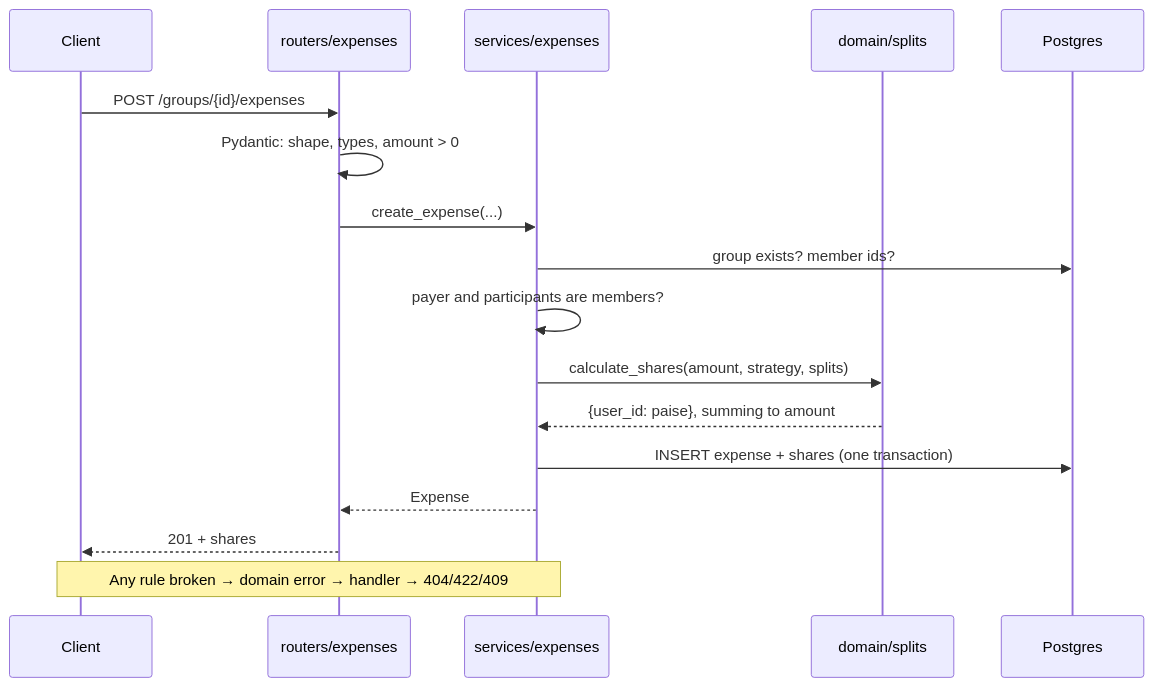
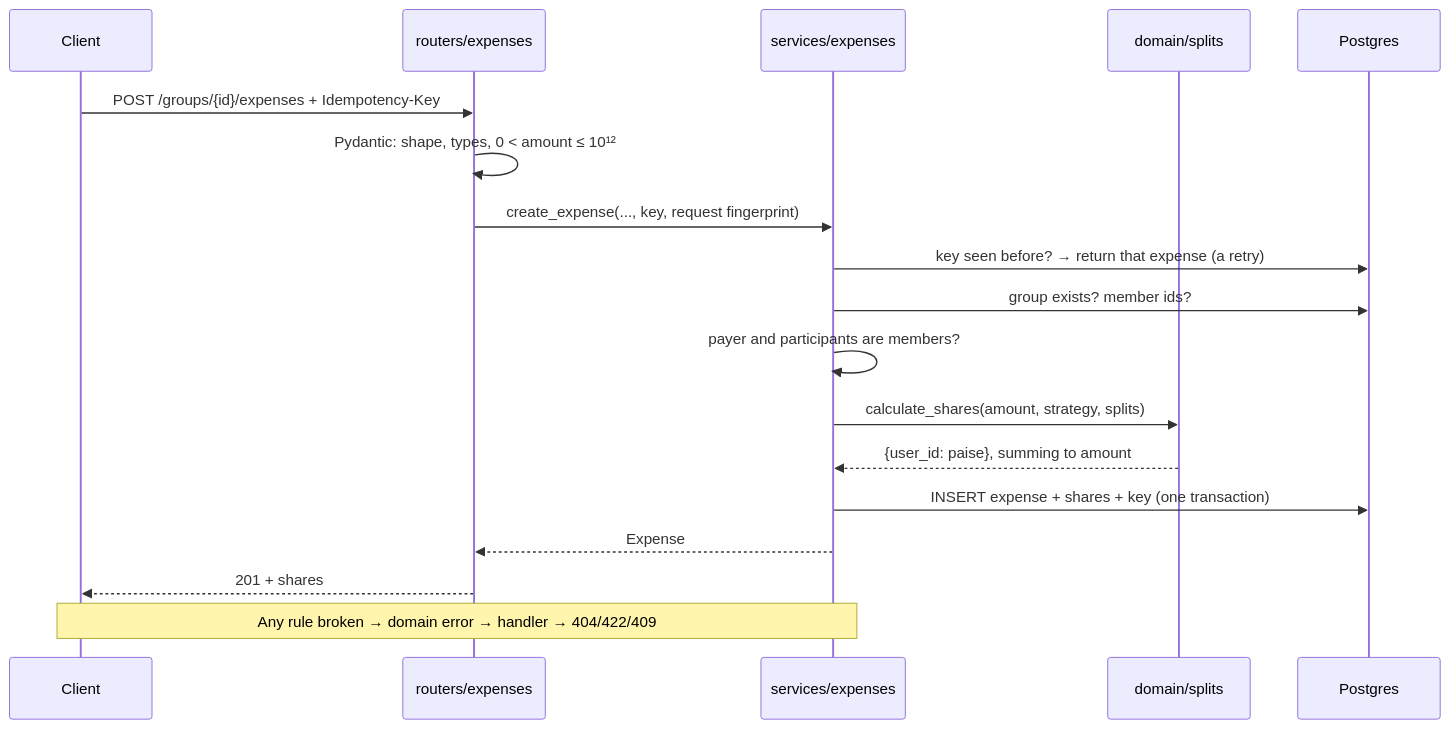
The second of 4 diagrams in README.md (kush-goyal96/splitwise), drawn with Mermaid before and after one commit. The commit also changed other lines of this file, not shown here.

Commit message:
Rewrite README intro and complete its trade-offs and roadmap

````diff
--- a/README.md
+++ b/README.md
@@ -185,20 +184,21 @@
 ```mermaid
 sequenceDiagram
     participant C as Client
     participant R as routers/expenses
     participant S as services/expenses
     participant D as domain/splits
     participant DB as Postgres
 
-    C->>R: POST /groups/{id}/expenses
-    R->>R: Pydantic: shape, types, amount > 0
-    R->>S: create_expense(...)
+    C->>R: POST /groups/{id}/expenses + Idempotency-Key
+    R->>R: Pydantic: shape, types, 0 < amount ≤ 10¹²
+    R->>S: create_expense(..., key, request fingerprint)
+    S->>DB: key seen before? → return that expense (a retry)
     S->>DB: group exists? member ids?
     S->>S: payer and participants are members?
     S->>D: calculate_shares(amount, strategy, splits)
     D-->>S: {user_id: paise}, summing to amount
-    S->>DB: INSERT expense + shares (one transaction)
+    S->>DB: INSERT expense + shares + key (one transaction)
     S-->>R: Expense
     R-->>C: 201 + shares
     Note over S,C: Any rule broken → domain error → handler → 404/422/409
 ```
````
